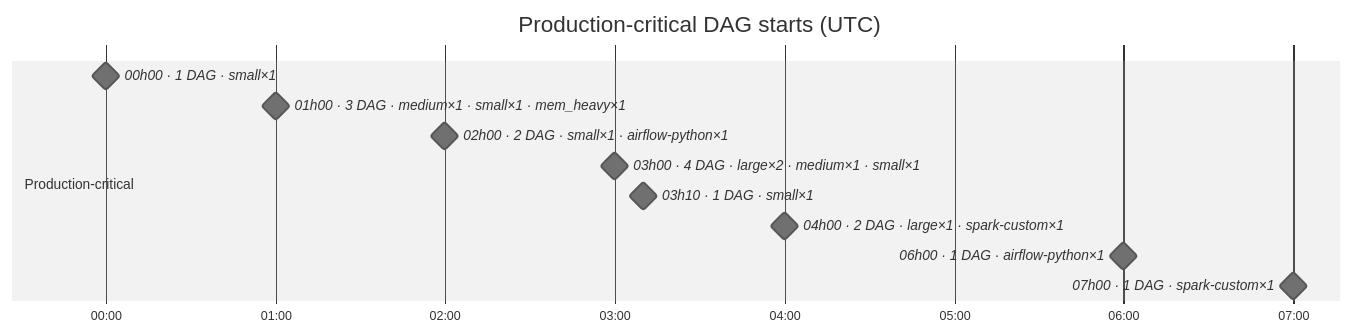
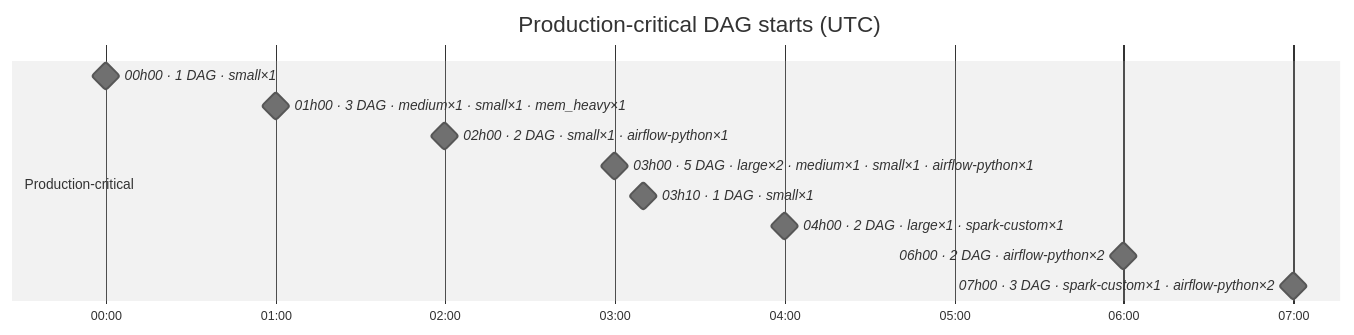
Before and after one commit to DayMarket/ml-feature-platform: the second of 7 diagrams in docs/feature_platform_map.md, drawn with Mermaid (neutral theme). The commit also changed other lines of this file and 1 other file, not shown here.

````diff
--- a/docs/feature_platform_map.md
+++ b/docs/feature_platform_map.md
@@ -112,16 +123,16 @@
 ```mermaid
 gantt
     title Production-critical DAG starts (UTC)
     dateFormat HH:mm
     axisFormat %H:%M
     tickInterval 1hour
     section Production-critical
     00h00 · 1 DAG · small×1 :milestone, s0_0000, 00:00, 0m
     01h00 · 3 DAG · medium×1 · small×1 · mem_heavy×1 :milestone, s0_0060, 01:00, 0m
     02h00 · 2 DAG · small×1 · airflow-python×1 :milestone, s0_0120, 02:00, 0m
-    03h00 · 4 DAG · large×2 · medium×1 · small×1 :milestone, s0_0180, 03:00, 0m
+    03h00 · 5 DAG · large×2 · medium×1 · small×1 · airflow-python×1 :milestone, s0_0180, 03:00, 0m
     03h10 · 1 DAG · small×1 :milestone, s0_0190, 03:10, 0m
     04h00 · 2 DAG · large×1 · spark-custom×1 :milestone, s0_0240, 04:00, 0m
-    06h00 · 1 DAG · airflow-python×1 :milestone, s0_0360, 06:00, 0m
-    07h00 · 1 DAG · spark-custom×1 :milestone, s0_0420, 07:00, 0m
+    06h00 · 2 DAG · airflow-python×2 :milestone, s0_0360, 06:00, 0m
+    07h00 · 3 DAG · spark-custom×1 · airflow-python×2 :milestone, s0_0420, 07:00, 0m
 ```
````
